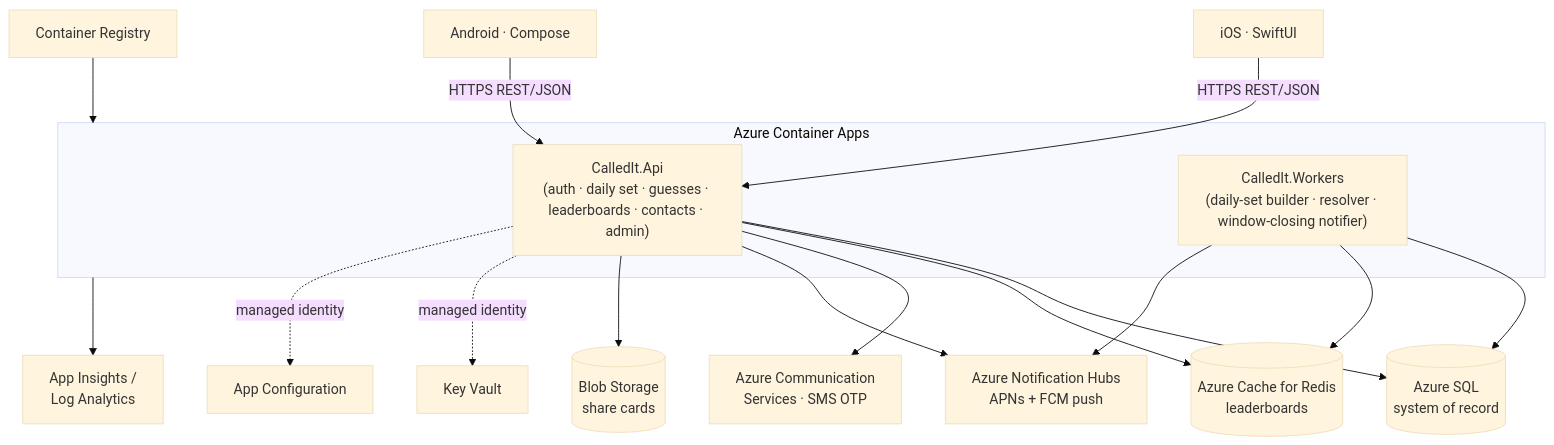
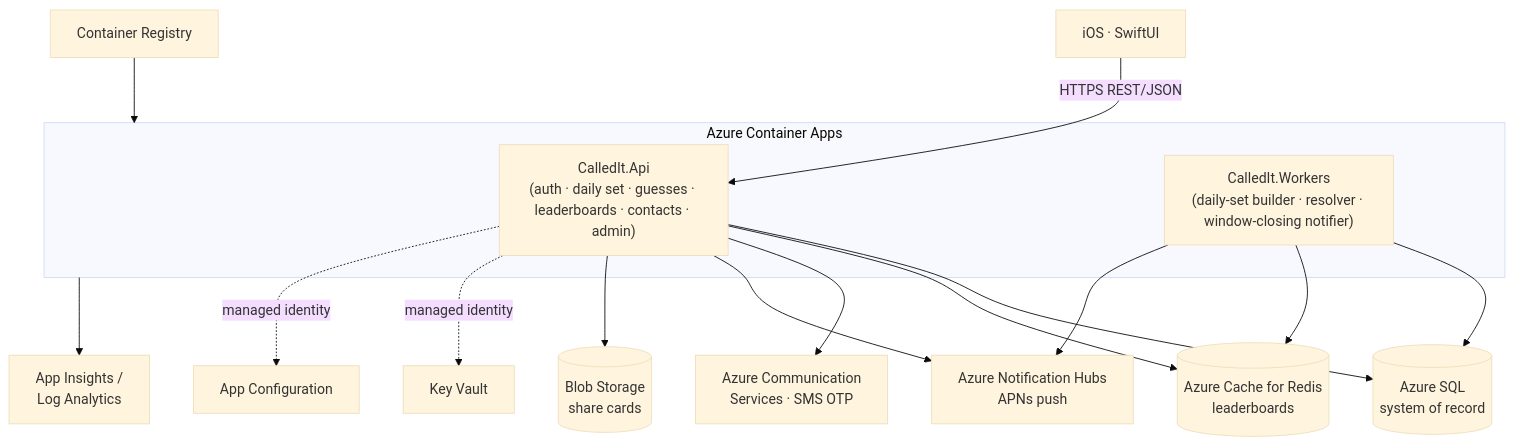
One commit to CallMeGreg/called-it changed the diagram in README.md. Above: the diagram before and after it, drawn with Mermaid (base theme). The commit also changed other lines of this file and 20 other files, not shown here.

````diff
--- a/README.md
+++ b/README.md
@@ -47,25 +47,24 @@
 ```mermaid
 flowchart TB
     ios["iOS · SwiftUI"] -->|HTTPS REST/JSON| api
-    and["Android · Compose"] -->|HTTPS REST/JSON| api
 
     subgraph aca["Azure Container Apps"]
         api["CalledIt.Api<br/>(auth · daily set · guesses · leaderboards · contacts · admin)"]
         wrk["CalledIt.Workers<br/>(daily-set builder · resolver · window-closing notifier)"]
     end
 
     api --> sql[("Azure SQL<br/>system of record")]
     wrk --> sql
     api --> redis[("Azure Cache for Redis<br/>leaderboards")]
     wrk --> redis
     api --> acs["Azure Communication<br/>Services · SMS OTP"]
-    wrk --> nh["Azure Notification Hubs<br/>APNs + FCM push"]
+    wrk --> nh["Azure Notification Hubs<br/>APNs push"]
     api --> nh
     api --> blob[("Blob Storage<br/>share cards")]
 
     api -.->|managed identity| kv["Key Vault"]
     api -.->|managed identity| appcfg["App Configuration"]
     aca --> ai["App Insights /<br/>Log Analytics"]
 
     acr["Container Registry"] --> aca
 ```
````
